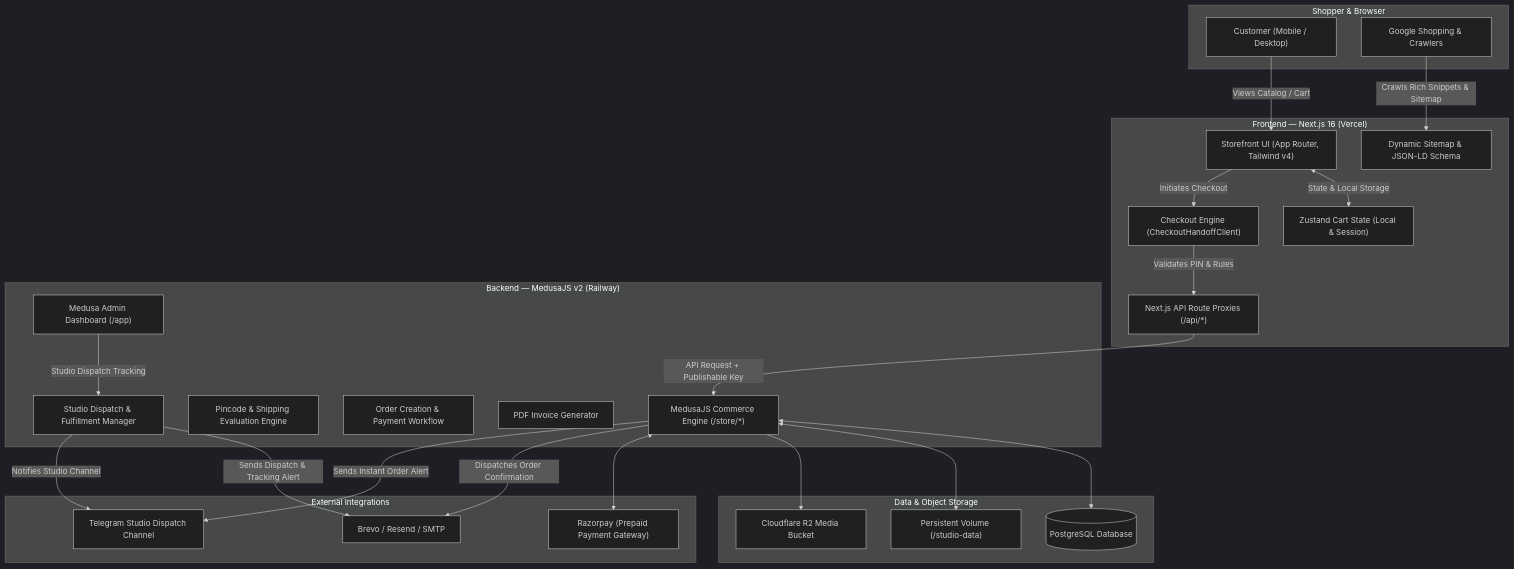
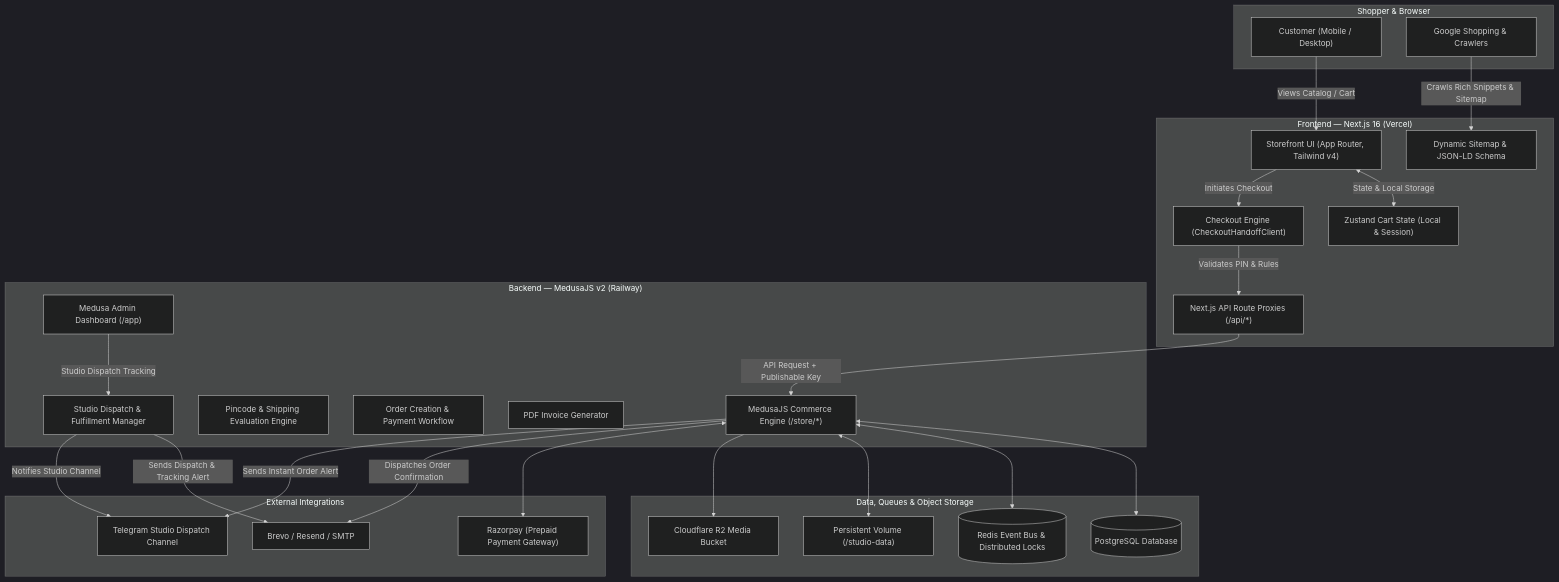
Before and after one commit to nazrulislambhat/mehandibysana: the first of 3 diagrams in PROJECT_TUTORIAL.md, drawn with Mermaid (dark theme). The commit also changed other lines of this file and 1 other file, not shown here.

Commit message:
docs: document redis architecture and postgres persistence layer

````diff
--- a/PROJECT_TUTORIAL.md
+++ b/PROJECT_TUTORIAL.md
@@ -12,54 +12,56 @@
 ```mermaid
 flowchart TD
     subgraph Client["Shopper & Browser"]
         User["Customer (Mobile / Desktop)"]
         GMC["Google Shopping & Crawlers"]
     end
 
     subgraph Frontend["Frontend — Next.js 16 (Vercel)"]
         Storefront["Storefront UI (App Router, Tailwind v4)"]
         CartStore["Zustand Cart State (Local & Session)"]
         Checkout["Checkout Engine (CheckoutHandoffClient)"]
         FrontendAPI["Next.js API Route Proxies (/api/*)"]
         Sitemap["Dynamic Sitemap & JSON-LD Schema"]
     end
 
     subgraph Backend["Backend — MedusaJS v2 (Railway)"]
         MedusaCore["MedusaJS Commerce Engine (/store/*)"]
         AdminDashboard["Medusa Admin Dashboard (/app)"]
         PincodeEngine["Pincode & Shipping Evaluation Engine"]
         OrderProcessor["Order Creation & Payment Workflow"]
         InvoiceGen["PDF Invoice Generator"]
         StudioDispatch["Studio Dispatch & Fulfillment Manager"]
     end
 
-    subgraph Storage["Data & Object Storage"]
+    subgraph Storage["Data, Queues & Object Storage"]
         Postgres[(PostgreSQL Database)]
+        Redis[(Redis Event Bus & Distributed Locks)]
         StudioData["Persistent Volume (/studio-data)"]
         CloudflareR2["Cloudflare R2 Media Bucket"]
     end
 
     subgraph External["External Integrations"]
         Razorpay["Razorpay (Prepaid Payment Gateway)"]
         EmailProvider["Brevo / Resend / SMTP"]
         Telegram["Telegram Studio Dispatch Channel"]
     end
 
     User -->|Views Catalog / Cart| Storefront
     GMC -->|Crawls Rich Snippets & Sitemap| Sitemap
     Storefront <-->|State & Local Storage| CartStore
     Storefront -->|Initiates Checkout| Checkout
     Checkout -->|Validates PIN & Rules| FrontendAPI
     FrontendAPI -->|API Request + Publishable Key| MedusaCore
 
     MedusaCore <--> Postgres
+    MedusaCore <--> Redis
     MedusaCore <--> StudioData
     MedusaCore --> CloudflareR2
     MedusaCore <--> Razorpay
 
     MedusaCore -->|Dispatches Order Confirmation| EmailProvider
     MedusaCore -->|Sends Instant Order Alert| Telegram
     AdminDashboard -->|Studio Dispatch Tracking| StudioDispatch
     StudioDispatch -->|Sends Dispatch & Tracking Alert| EmailProvider
     StudioDispatch -->|Notifies Studio Channel| Telegram
 ```
````
